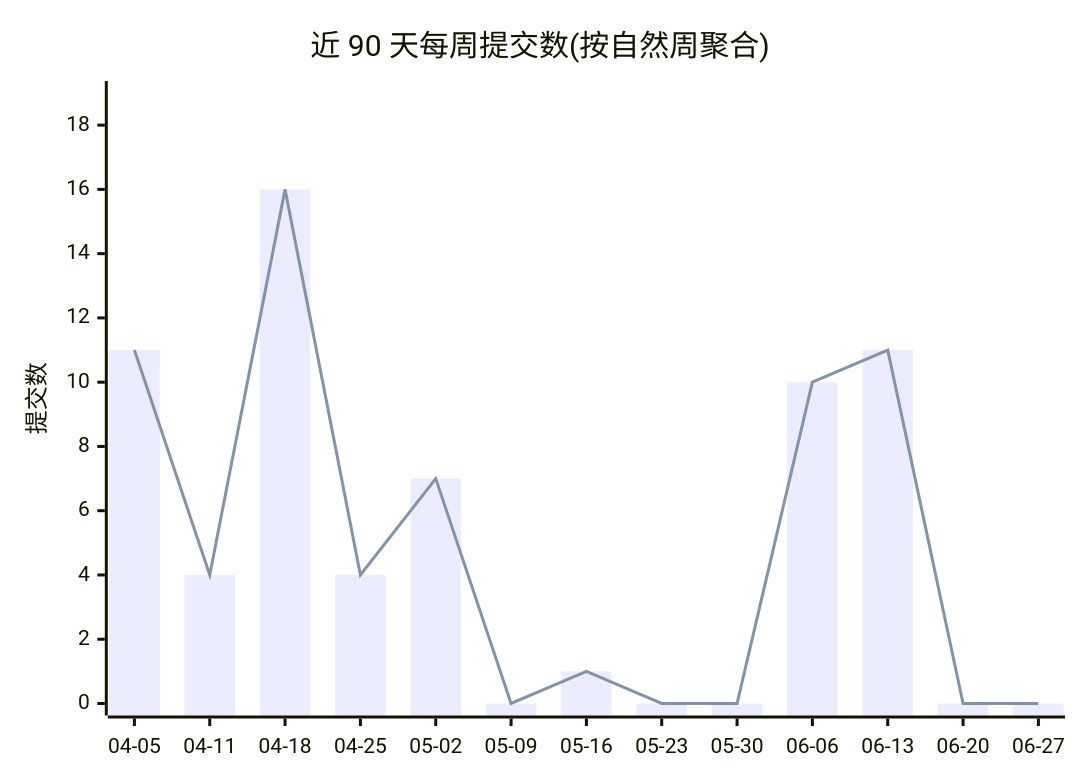
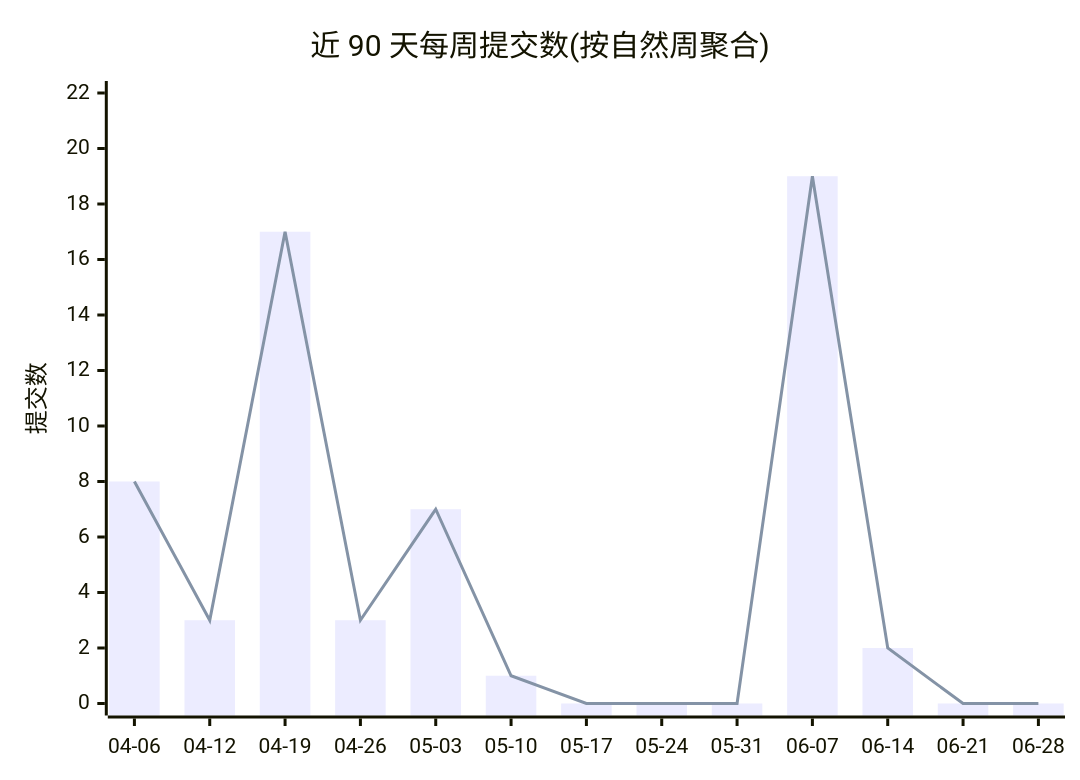
One commit to Conflux-Union/.github changed the first of 2 diagrams in profile/README.md. Above: the diagram before and after it, drawn with Mermaid. The commit also changed other lines of this file and 1 other file, not shown here.

````diff
--- a/profile/README.md
+++ b/profile/README.md
@@ -44,8 +44,8 @@
 ```mermaid
 xychart-beta
     title "近 90 天每周提交数(按自然周聚合)"
-    x-axis ["04-05", "04-11", "04-18", "04-25", "05-02", "05-09", "05-16", "05-23", "05-30", "06-06", "06-13", "06-20", "06-27"]
-    y-axis "提交数" 0 --> 19
-    bar [11, 4, 16, 4, 7, 0, 1, 0, 0, 10, 11, 0, 0]
-    line [11, 4, 16, 4, 7, 0, 1, 0, 0, 10, 11, 0, 0]
+    x-axis ["04-06", "04-12", "04-19", "04-26", "05-03", "05-10", "05-17", "05-24", "05-31", "06-07", "06-14", "06-21", "06-28"]
+    y-axis "提交数" 0 --> 22
+    bar [8, 3, 17, 3, 7, 1, 0, 0, 0, 19, 2, 0, 0]
+    line [8, 3, 17, 3, 7, 1, 0, 0, 0, 19, 2, 0, 0]
 ```
````
